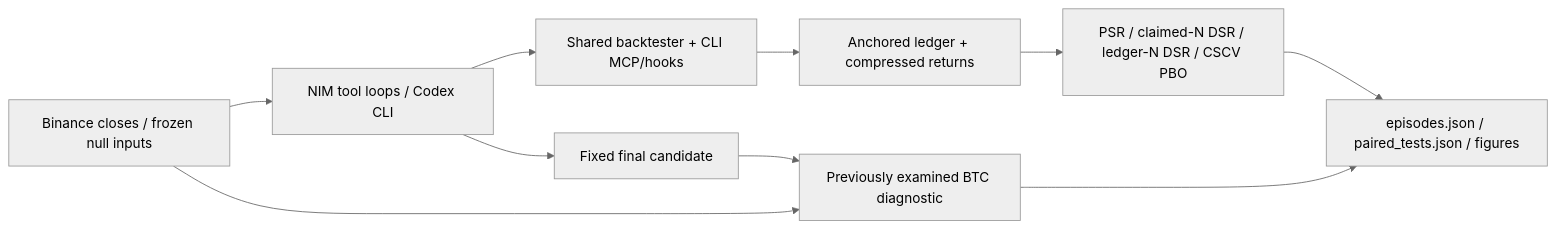
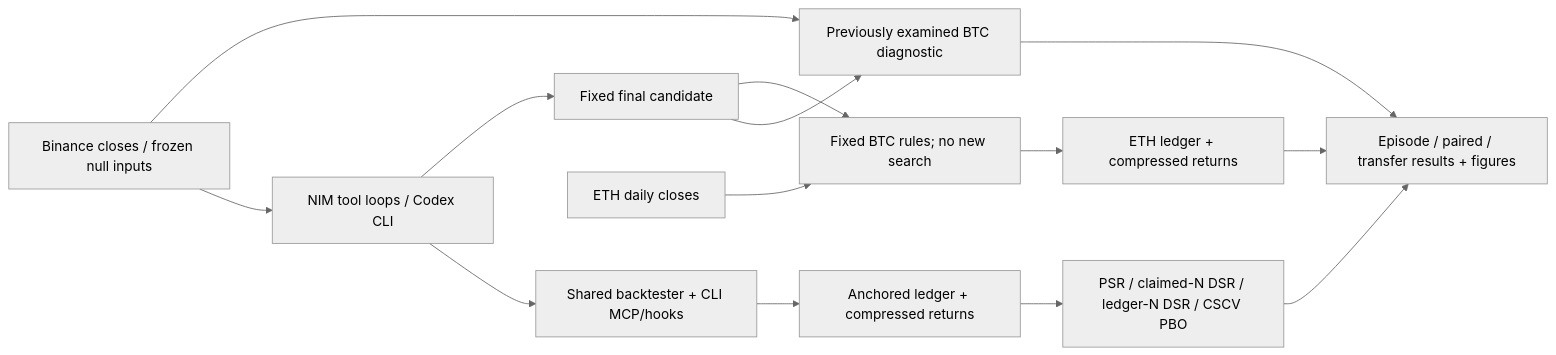
The diagram in README.md (ncoprod/trial-ledger), drawn with Mermaid (neutral theme) before and after one commit. The commit also changed other lines of this file and 9 other files, not shown here.

Commit message:
docs: generate stratified evidence and the ETH transfer report

````diff
--- a/README.md
+++ b/README.md
@@ -41,12 +41,16 @@
 ```mermaid
 flowchart LR
     D["Binance closes / frozen null inputs"] --> A["NIM tool loops / Codex CLI"]
     A --> M["Shared backtester + CLI MCP/hooks"]
     M --> L["Anchored ledger + compressed returns"]
     L --> E["PSR / claimed-N DSR / ledger-N DSR / CSCV PBO"]
-    E --> R["episodes.json / paired_tests.json / figures"]
+    E --> R["Episode / paired / transfer results + figures"]
     D --> H["Previously examined BTC diagnostic"]
     A --> F["Fixed final candidate"]
     F --> H
     H --> R
+    ED["ETH daily closes"] --> T["Fixed BTC rules; no new search"]
+    F --> T
+    T --> EL["ETH ledger + compressed returns"]
+    EL --> R
 ```
````
